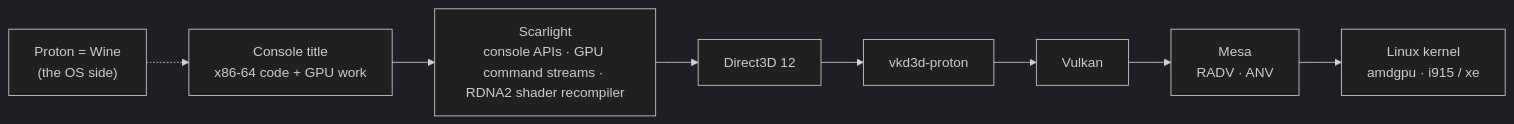
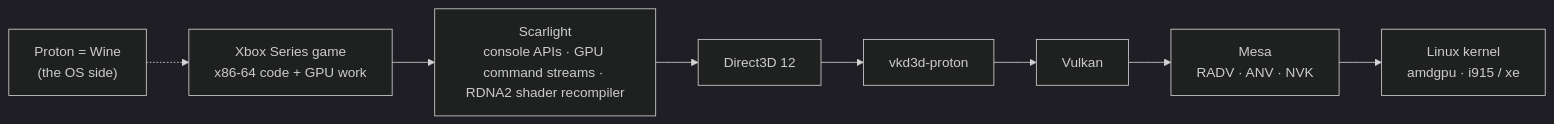
One commit to oguska/Scarlight changed the diagram in README.md. Above: the diagram before and after it, drawn with Mermaid (dark theme). The commit also changed other lines of this file, not shown here.

````diff
--- a/README.md
+++ b/README.md
@@ -84,6 +116,6 @@
 ```mermaid
 flowchart LR
-    A["Console title<br/>x86-64 code + GPU work"] --> B["Scarlight<br/>console APIs · GPU command streams · RDNA2 shader recompiler"]
-    B --> C["Direct3D 12"] --> D["vkd3d-proton"] --> E["Vulkan"] --> F["Mesa<br/>RADV · ANV"] --> G["Linux kernel<br/>amdgpu · i915 / xe"]
+    A["Xbox Series game<br/>x86-64 code + GPU work"] --> B["Scarlight<br/>console APIs · GPU command streams · RDNA2 shader recompiler"]
+    B --> C["Direct3D 12"] --> D["vkd3d-proton"] --> E["Vulkan"] --> F["Mesa<br/>RADV · ANV · NVK"] --> G["Linux kernel<br/>amdgpu · i915 / xe"]
     W["Proton = Wine<br/>(the OS side)"] -.-> A
 ```
````
